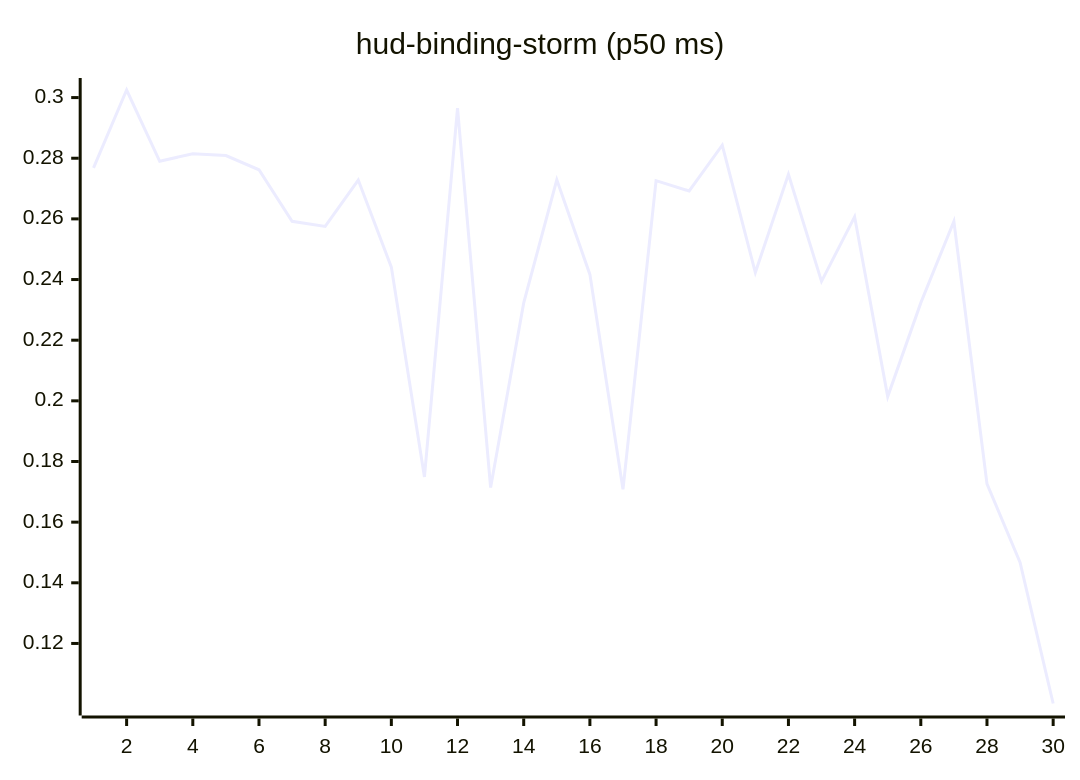
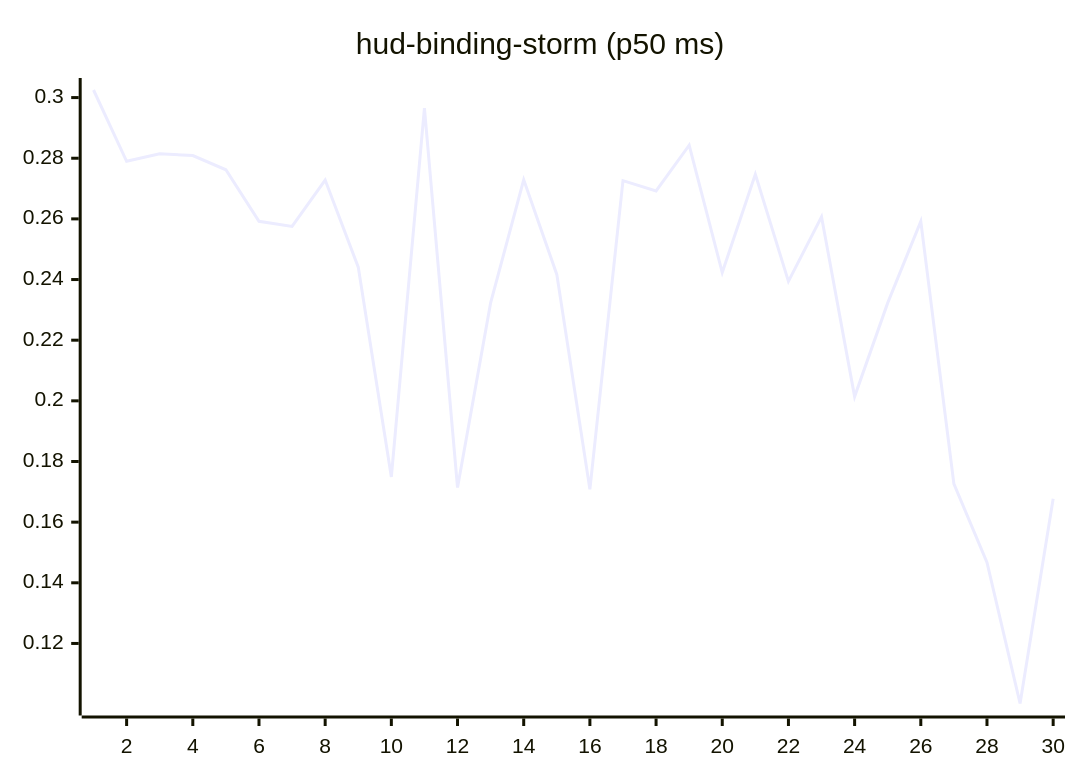
Before and after one commit to josha/Facet: the tenth of 27 diagrams in README.md, drawn with Mermaid. The commit also changed other lines of this file and 2 other files, not shown here.

````diff
--- a/README.md
+++ b/README.md
@@ -126,6 +126,6 @@
 ```mermaid
 xychart-beta
     title "hud-binding-storm (p50 ms)"
     x-axis 1 --> 30
-    line [0.2768, 0.3025, 0.2790, 0.2815, 0.2809, 0.2762, 0.2592, 0.2575, 0.2728, 0.2441, 0.1749, 0.2965, 0.1714, 0.2323, 0.2729, 0.2417, 0.1708, 0.2726, 0.2692, 0.2843, 0.2423, 0.2747, 0.2394, 0.2607, 0.2014, 0.2323, 0.2592, 0.1726, 0.1467, 0.1002]
+    line [0.3025, 0.2790, 0.2815, 0.2809, 0.2762, 0.2592, 0.2575, 0.2728, 0.2441, 0.1749, 0.2965, 0.1714, 0.2323, 0.2729, 0.2417, 0.1708, 0.2726, 0.2692, 0.2843, 0.2423, 0.2747, 0.2394, 0.2607, 0.2014, 0.2323, 0.2592, 0.1726, 0.1467, 0.1002, 0.1677]
 ```
````
